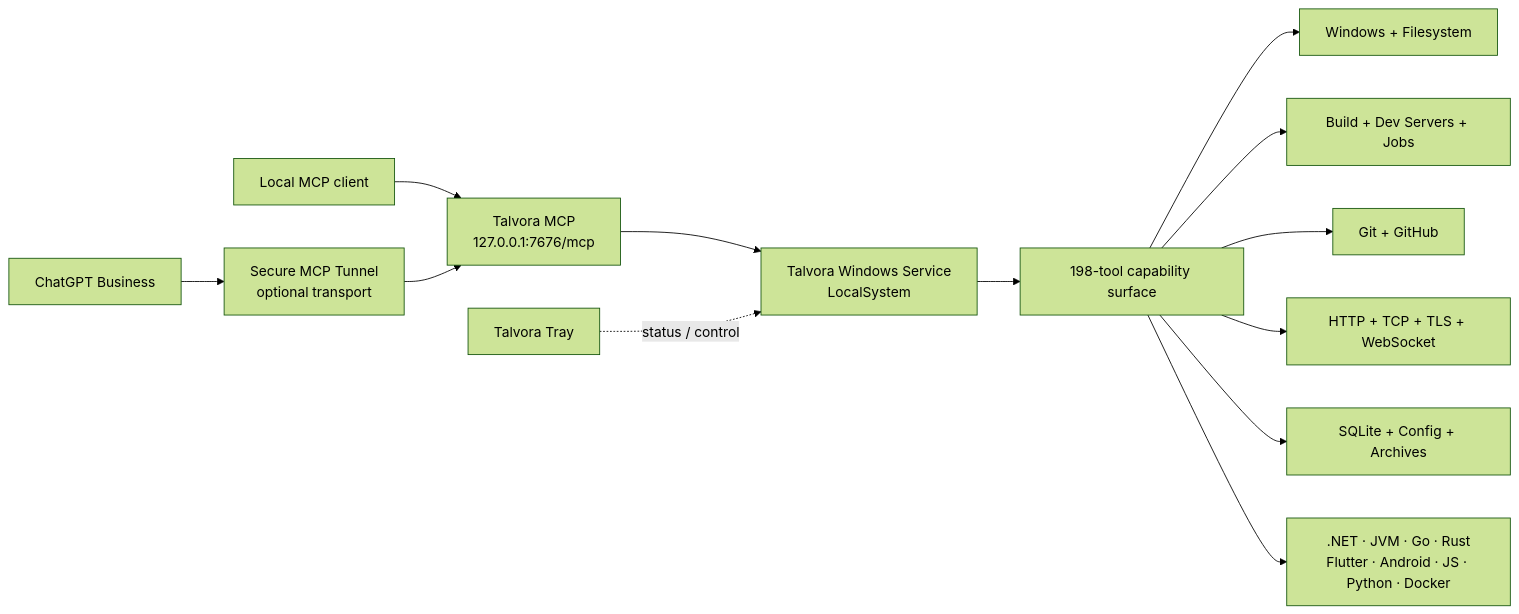
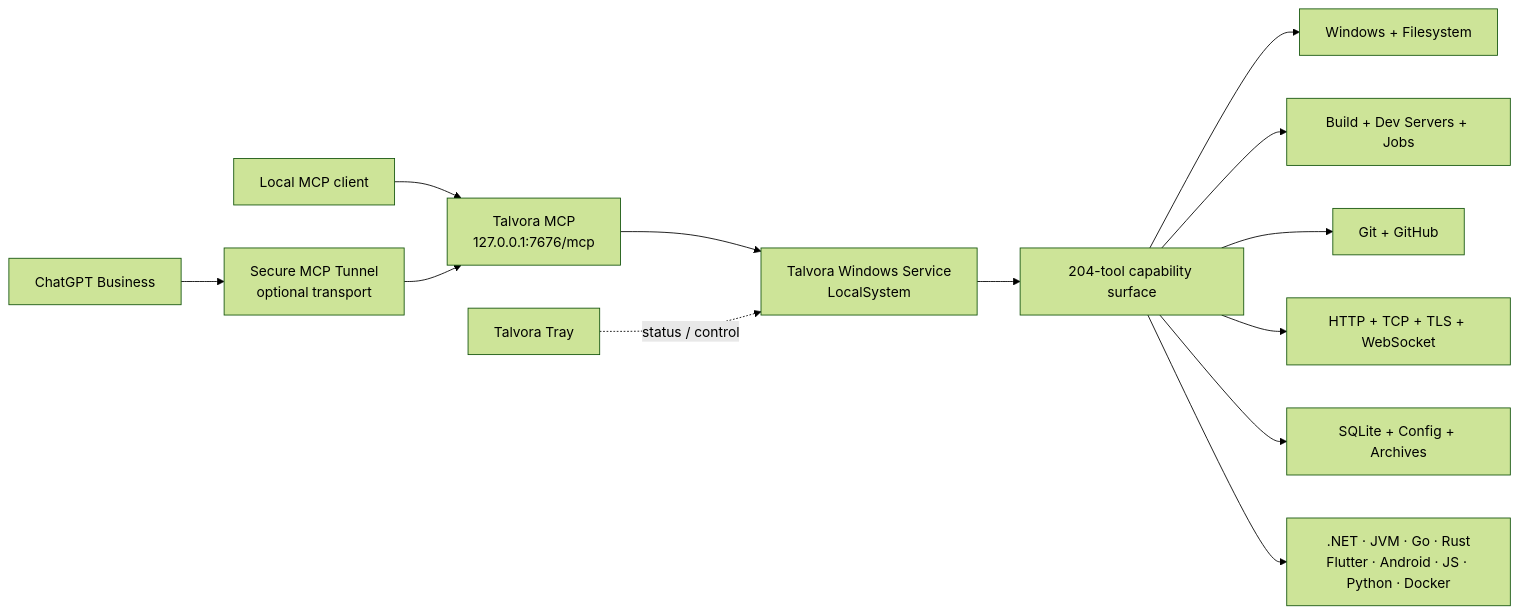
Before and after one commit to bingoweb/Talvora-MCP: the first of 2 diagrams in README.md, drawn with Mermaid (forest theme). The commit also changed other lines of this file and 5 other files, not shown here.

````diff
--- a/README.md
+++ b/README.md
@@ -54,18 +54,18 @@
 ```mermaid
 flowchart LR
     Local["Local MCP client"] --> MCP["Talvora MCP<br/>127.0.0.1:7676/mcp"]
     ChatGPT["ChatGPT Business"] --> Tunnel["Secure MCP Tunnel<br/>optional transport"]
     Tunnel --> MCP
 
     MCP --> Service["Talvora Windows Service<br/>LocalSystem"]
-    Service --> Core["198-tool capability surface"]
+    Service --> Core["204-tool capability surface"]
 
     Core --> OS["Windows + Filesystem"]
     Core --> Dev["Build + Dev Servers + Jobs"]
     Core --> Git["Git + GitHub"]
     Core --> Net["HTTP + TCP + TLS + WebSocket"]
     Core --> Data["SQLite + Config + Archives"]
     Core --> Toolchains[".NET · JVM · Go · Rust<br/>Flutter · Android · JS · Python · Docker"]
 
     Tray["Talvora Tray"] -. status / control .-> Service
 ```
````
